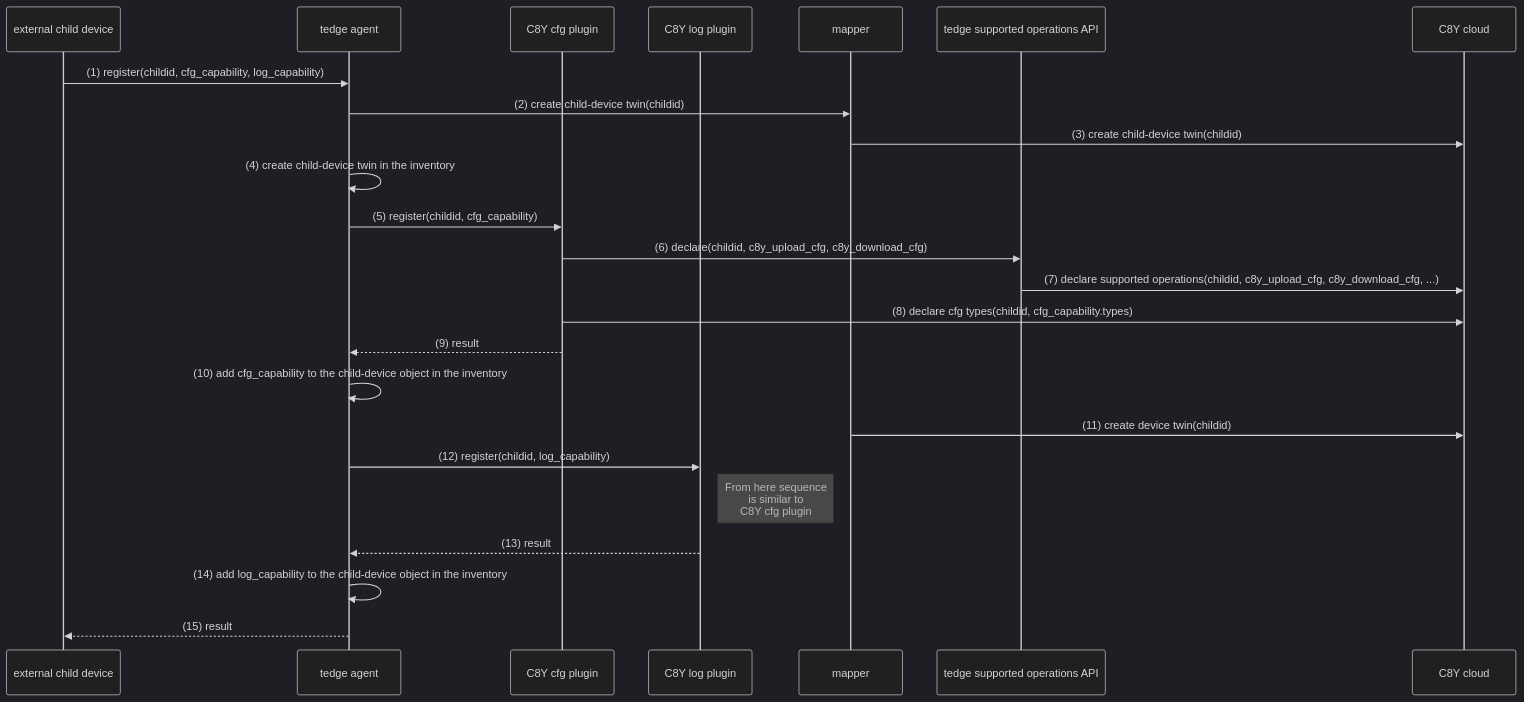
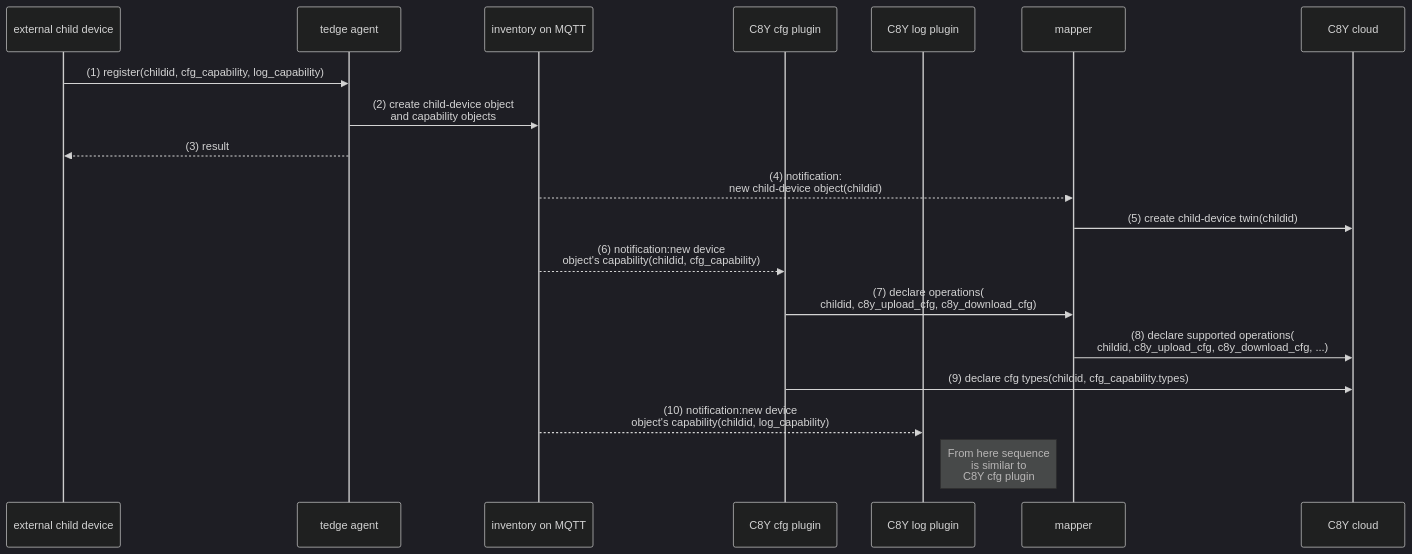
The diagram in docs/src/architecture/data-model.md (thin-edge/thin-edge.io), drawn with Mermaid (dark theme) before and after one commit. The commit also changed other lines of this file, not shown here.

Commit message:
use inventory to notify for new devices

````diff
--- a/docs/src/architecture/data-model.md
+++ b/docs/src/architecture/data-model.md
@@ -113,28 +136,24 @@
 ```mermaid
 sequenceDiagram
     participant external child device
     participant tedge agent
+    participant inventory on MQTT
     participant C8Y cfg plugin
     participant C8Y log plugin
     participant mapper
-    participant tedge supported operations API
     participant C8Y cloud
         external child device->>tedge agent: (1) register(childid, cfg_capability, log_capability)
-        tedge agent->>mapper: (2) create child-device twin(childid)
-        mapper->>C8Y cloud: (3) create child-device twin(childid)
-        tedge agent->>tedge agent: (4) create child-device twin in the inventory
-        tedge agent->>C8Y cfg plugin: (5) register(childid, cfg_capability)
-        C8Y cfg plugin->>tedge supported operations API: (6) declare(childid, c8y_upload_cfg, c8y_download_cfg)
-        tedge supported operations API->>C8Y cloud: (7) declare supported operations(childid, c8y_upload_cfg, c8y_download_cfg, ...)
-        C8Y cfg plugin->>C8Y cloud: (8) declare cfg types(childid, cfg_capability.types)
-        C8Y cfg plugin-->>tedge agent: (9) result
-        tedge agent->>tedge agent: (10) add cfg_capability to the child-device object in the inventory
+        tedge agent->>inventory on MQTT: (2) create child-device object<br/>and capability objects
+        tedge agent-->>external child device: (3) result    
+
+        inventory on MQTT-->>mapper: (4) notification:<br/>new child-device object(childid)
+        mapper->>C8Y cloud: (5) create child-device twin(childid)
+
+        inventory on MQTT-->>C8Y cfg plugin: (6) notification:new device<br/>object's capability(childid, cfg_capability)
+        C8Y cfg plugin->>mapper: (7) declare operations(<br/>childid, c8y_upload_cfg, c8y_download_cfg)
+        mapper->>C8Y cloud: (8) declare supported operations(<br/>childid, c8y_upload_cfg, c8y_download_cfg, ...)
+        C8Y cfg plugin->>C8Y cloud: (9) declare cfg types(childid, cfg_capability.types)
         
-        mapper->>C8Y cloud: (11) create device twin(childid)
-        tedge agent->>C8Y log plugin: (12) register(childid, log_capability)
-        Note right of C8Y log plugin: From here sequence<br>is similar to<br>C8Y cfg plugin
-        C8Y log plugin-->>tedge agent: (13) result      
-        tedge agent->>tedge agent: (14) add log_capability to the child-device object in the inventory
-        
-        tedge agent-->>external child device: (15) result    
+        inventory on MQTT-->>C8Y log plugin: (10) notification:new device<br/>object's capability(childid, log_capability)
+        Note right of C8Y log plugin: From here sequence<br>is similar to<br>C8Y cfg plugin        
 ```
````
